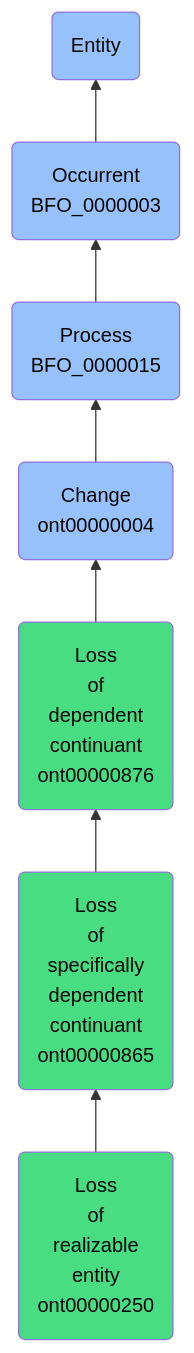
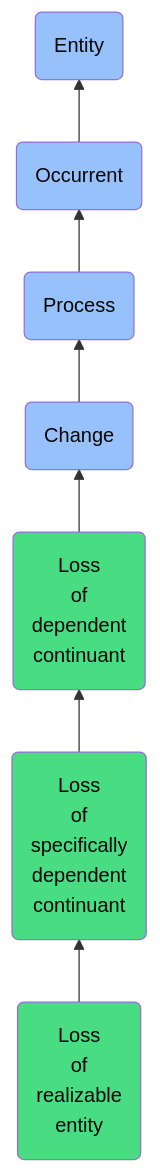
One commit to jupyter-naas/abi changed the diagram in docs/ontology/reference/model/Entity/Occurrent/Process/Change/Loss of dependent continuant/Loss of specifically dependent continuant/Loss of realizable entity/Loss of realizable entity.md. Above: the diagram before and after it, drawn with Mermaid. The commit also changed other lines of this file and 1430 other files, not shown here.

````diff
--- a/docs/ontology/reference/model/Entity/Occurrent/Process/Change/Loss of dependent continuant/Loss of specifically dependent continuant/Loss of realizable entity/Loss of realizable entity.md
+++ b/docs/ontology/reference/model/Entity/Occurrent/Process/Change/Loss of dependent continuant/Loss of specifically dependent continuant/Loss of realizable entity/Loss of realizable entity.md
@@ -24,14 +24,14 @@
 ```mermaid
 graph BT
-    ont00000250(Loss<br>of<br>realizable<br>entity<br>ont00000250):::ABI-->ont00000865
-    ont00000865(Loss<br>of<br>specifically<br>dependent<br>continuant<br>ont00000865):::ABI-->ont00000876
-    ont00000876(Loss<br>of<br>dependent<br>continuant<br>ont00000876):::ABI-->ont00000004
-    ont00000004(Change<br>ont00000004):::BFO-->BFO_0000015
-    BFO_0000015(Process<br>BFO_0000015):::BFO-->BFO_0000003
-    BFO_0000003(Occurrent<br>BFO_0000003):::BFO-->BFO_0000001
+    ont00000250(Loss<br>of<br>realizable<br>entity):::ABI-->ont00000865
+    ont00000865(Loss<br>of<br>specifically<br>dependent<br>continuant):::ABI-->ont00000876
+    ont00000876(Loss<br>of<br>dependent<br>continuant):::ABI-->ont00000004
+    ont00000004(Change):::BFO-->BFO_0000015
+    BFO_0000015(Process):::BFO-->BFO_0000003
+    BFO_0000003(Occurrent):::BFO-->BFO_0000001
     BFO_0000001(Entity):::BFO
     
     classDef BFO fill:#97c1fb,color:#060606
     classDef CCO fill:#e4c51e,color:#060606
     classDef ABI fill:#48DD82,color:#060606
 ```
````
